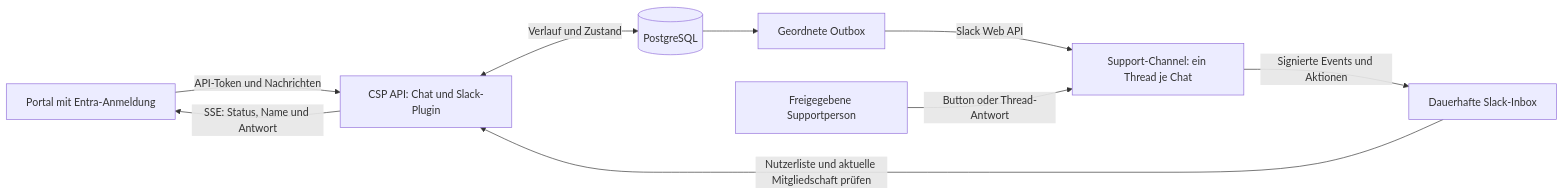
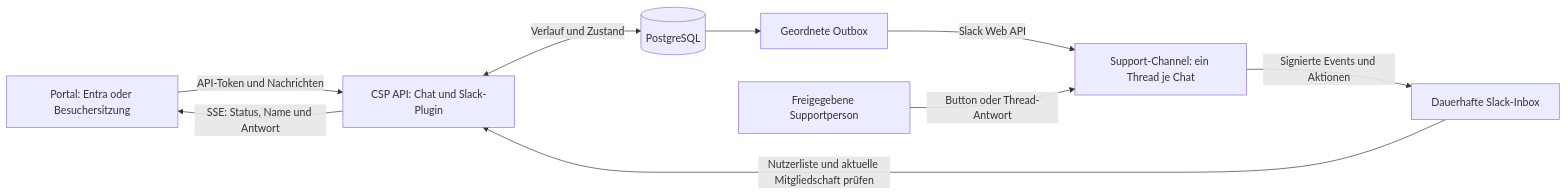
Before and after one commit to kieksme/csp: the diagram in docs/slack-support.md, drawn with Mermaid. The commit also changed other lines of this file and 15 other files, not shown here.

Commit message:
feat(slack): support anonymous portal conversations (#35)

````diff
--- a/docs/slack-support.md
+++ b/docs/slack-support.md
@@ -11,11 +11,11 @@
 ```mermaid
 flowchart LR
-  Portal[Portal mit Entra-Anmeldung] -->|API-Token und Nachrichten| API[CSP API: Chat und Slack-Plugin]
+  Portal[Portal: Entra oder Besuchersitzung] -->|API-Token und Nachrichten| API[CSP API: Chat und Slack-Plugin]
   API <-->|Verlauf und Zustand| DB[(PostgreSQL)]
   DB --> Outbox[Geordnete Outbox]
   Outbox -->|Slack Web API| Thread[Support-Channel: ein Thread je Chat]
   Person[Freigegebene Supportperson] -->|Button oder Thread-Antwort| Thread
   Thread -->|Signierte Events und Aktionen| Inbox[Dauerhafte Slack-Inbox]
   Inbox -->|Nutzerliste und aktuelle Mitgliedschaft prüfen| API
   API -->|SSE: Status, Name und Antwort| Portal
 ```
````
